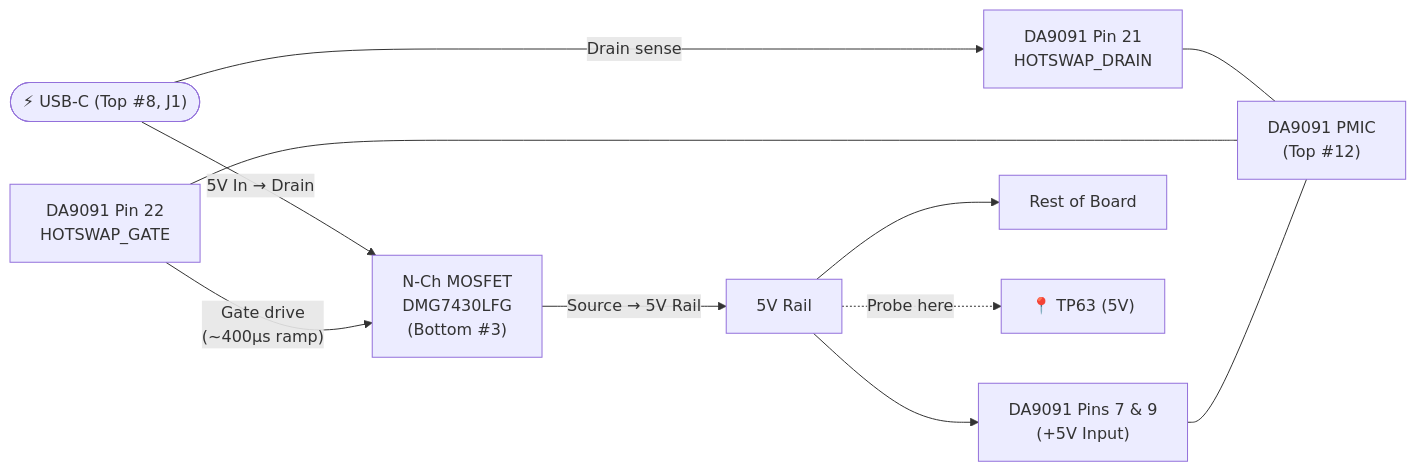
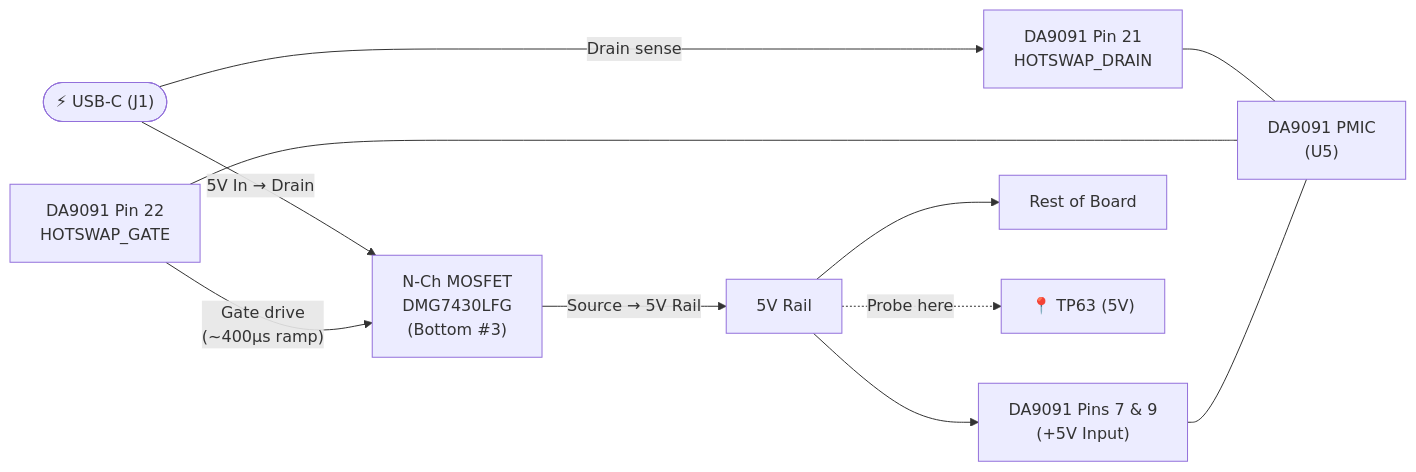
The diagram in docs/pi5/troubleshooting/5v-power-flow.md (dpetzel/rpi-site), drawn with Mermaid before and after one commit. The commit also changed other lines of this file and 2 other files, not shown here.

Commit message:
last updates so we can replace the top component table/image with a reference to the new boardview

````diff
--- a/docs/pi5/troubleshooting/5v-power-flow.md
+++ b/docs/pi5/troubleshooting/5v-power-flow.md
@@ -21,14 +21,14 @@
 ```mermaid
 flowchart LR
-    USB(["⚡ USB-C (Top #8, J1)"]) -- "5V In → Drain" --> MOSFET["N-Ch MOSFET\nDMG7430LFG\n(Bottom #3)"]
+    USB(["⚡ USB-C (J1)"]) -- "5V In → Drain" --> MOSFET["N-Ch MOSFET\nDMG7430LFG\n(Bottom #3)"]
     USB -- "Drain sense" --> PMIC_DRAIN["DA9091 Pin 21\nHOTSWAP_DRAIN"]
     PMIC_GATE["DA9091 Pin 22\nHOTSWAP_GATE"] -- "Gate drive\n(~400µs ramp)" --> MOSFET
     MOSFET -- "Source → 5V Rail" --> RAIL["5V Rail"]
     RAIL --> PMIC_5V["DA9091 Pins 7 & 9\n(+5V Input)"]
     RAIL --> BOARD["Rest of Board"]
     RAIL -. "Probe here" .-> TP63["📍 TP63 (5V)"]
 
-    PMIC_DRAIN --- PMIC["DA9091 PMIC\n(Top #12)"]
+    PMIC_DRAIN --- PMIC["DA9091 PMIC\n(U5)"]
     PMIC_GATE --- PMIC
     PMIC_5V --- PMIC
 ```
````
